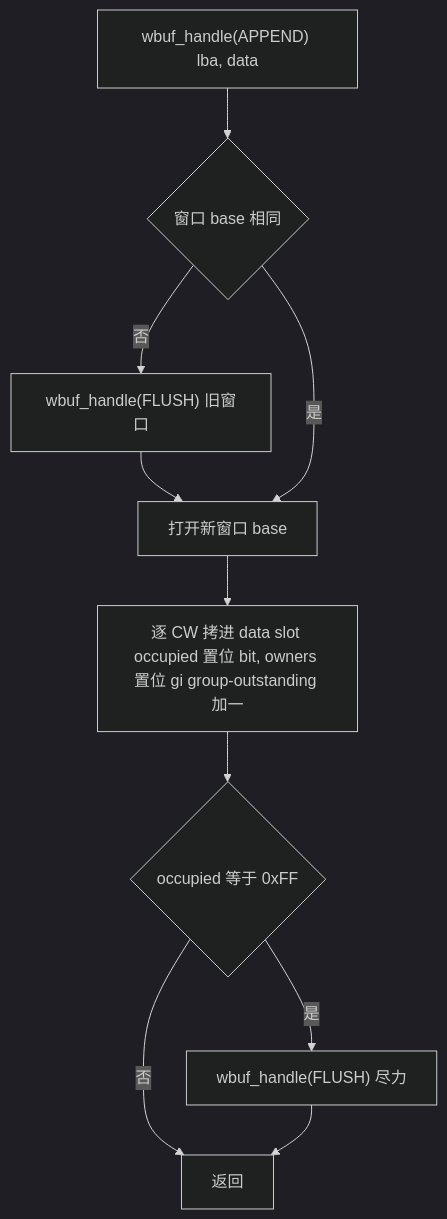
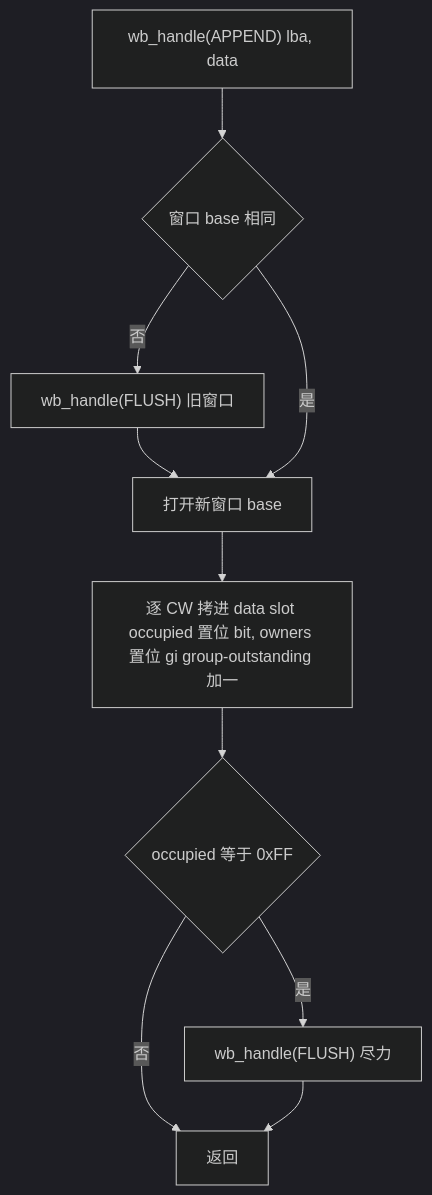
One commit to YzYMIAO/BASESSD changed diagram 19 of 32 in docs/design/ftl_design.md. Above: the diagram before and after it, drawn with Mermaid (dark theme). The commit also changed other lines of this file and 48 other files, not shown here.

````diff
--- a/docs/design/ftl_design.md
+++ b/docs/design/ftl_design.md
@@ -2946,12 +2946,12 @@
 ```mermaid
 flowchart TD
-    A["wbuf_handle(APPEND) lba, data"] --> B{"窗口 base 相同"}
-    B -- "否" --> C["wbuf_handle(FLUSH) 旧窗口"]
+    A["wb_handle(APPEND) lba, data"] --> B{"窗口 base 相同"}
+    B -- "否" --> C["wb_handle(FLUSH) 旧窗口"]
     C --> D["打开新窗口 base"]
     B -- "是" --> D
     D --> E["逐 CW 拷进 data slot occupied 置位 bit, owners 置位 gi group-outstanding 加一"]
     E --> F{"occupied 等于 0xFF"}
-    F -- "是" --> G["wbuf_handle(FLUSH) 尽力"]
+    F -- "是" --> G["wb_handle(FLUSH) 尽力"]
     F -- "否" --> H["返回"]
     G --> H
 ```
````
